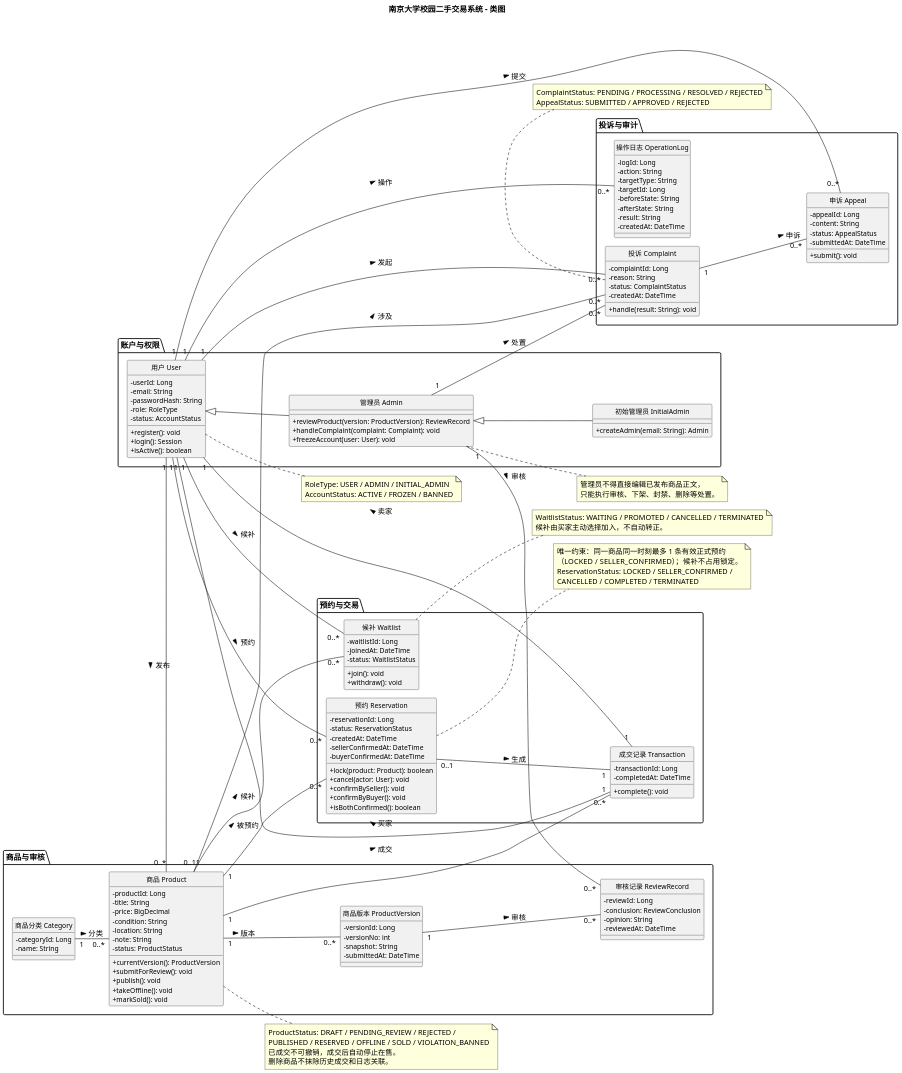
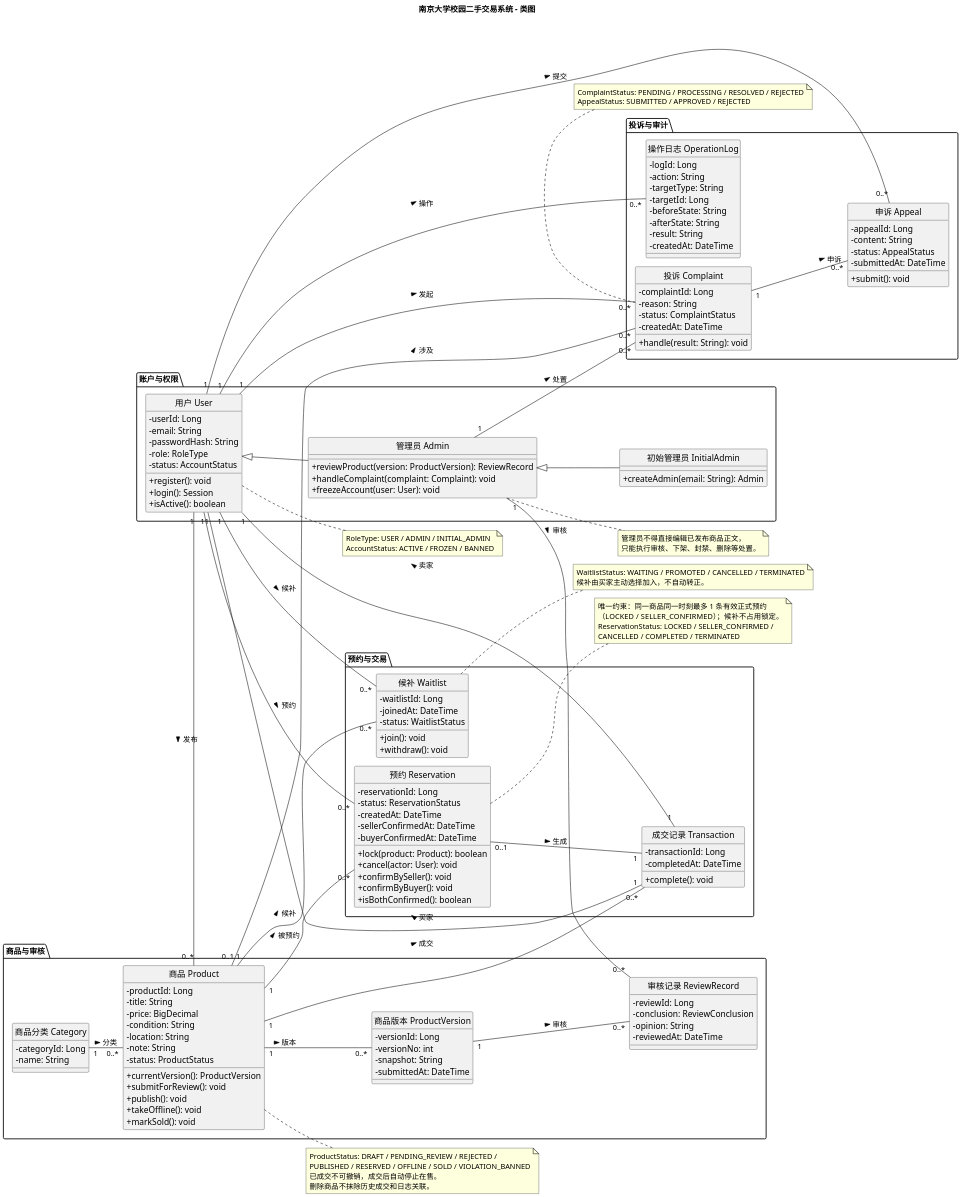
The diagram in lab2/UML/UML类图.puml (235826/secondhand-marketplace), drawn with PlantUML before and after one commit. The commit also changed 6 other files, not shown here.

Commit message:
lab2: improve diagram readability and compact use case model

```diff
--- a/lab2/UML/UML类图.puml
+++ b/lab2/UML/UML类图.puml
@@ -1,193 +1,193 @@
 @startuml UML类图
 skinparam defaultFontName "PingFang SC"
 skinparam dpi 150
 skinparam classAttributeIconSize 0
 skinparam nodesep 15
 skinparam ranksep 20
-skinparam classFontSize 16
-skinparam classAttributeFontSize 12
+skinparam classFontSize 22
+skinparam classAttributeFontSize 15
 left to right direction
 hide circle
 title 南京大学校园二手交易系统 - 类图
 
 package "账户与权限" {
   class User as "用户 User" {
     - userId: Long
     - email: String
     - passwordHash: String
     - role: RoleType
     - status: AccountStatus
     + register(): void
     + login(): Session
     + isActive(): boolean
   }
 
   class Admin as "管理员 Admin" {
     + reviewProduct(version: ProductVersion): ReviewRecord
     + handleComplaint(complaint: Complaint): void
     + freezeAccount(user: User): void
   }
 
   class InitialAdmin as "初始管理员 InitialAdmin" {
     + createAdmin(email: String): Admin
   }
 }
 
 package "商品与审核" {
   class Product as "商品 Product" {
     - productId: Long
     - title: String
     - price: BigDecimal
     - condition: String
     - location: String
     - note: String
     - status: ProductStatus
     + currentVersion(): ProductVersion
     + submitForReview(): void
     + publish(): void
     + takeOffline(): void
     + markSold(): void
   }
 
   class ProductVersion as "商品版本 ProductVersion" {
     - versionId: Long
     - versionNo: int
     - snapshot: String
     - submittedAt: DateTime
   }
 
   class ReviewRecord as "审核记录 ReviewRecord" {
     - reviewId: Long
     - conclusion: ReviewConclusion
     - opinion: String
     - reviewedAt: DateTime
   }
 
   class Category as "商品分类 Category" {
     - categoryId: Long
     - name: String
   }
 }
 
 package "预约与交易" {
   class Reservation as "预约 Reservation" {
     - reservationId: Long
     - status: ReservationStatus
     - createdAt: DateTime
     - sellerConfirmedAt: DateTime
     - buyerConfirmedAt: DateTime
     + lock(product: Product): boolean
     + cancel(actor: User): void
     + confirmBySeller(): void
     + confirmByBuyer(): void
     + isBothConfirmed(): boolean
   }
 
   class Waitlist as "候补 Waitlist" {
     - waitlistId: Long
     - joinedAt: DateTime
     - status: WaitlistStatus
     + join(): void
     + withdraw(): void
   }
 
   class Transaction as "成交记录 Transaction" {
     - transactionId: Long
     - completedAt: DateTime
     + complete(): void
   }
 }
 
 package "投诉与审计" {
   class Complaint as "投诉 Complaint" {
     - complaintId: Long
     - reason: String
     - status: ComplaintStatus
     - createdAt: DateTime
     + handle(result: String): void
   }
 
   class Appeal as "申诉 Appeal" {
     - appealId: Long
     - content: String
     - status: AppealStatus
     - submittedAt: DateTime
     + submit(): void
   }
 
   class OperationLog as "操作日志 OperationLog" {
     - logId: Long
     - action: String
     - targetType: String
     - targetId: Long
     - beforeState: String
     - afterState: String
     - result: String
     - createdAt: DateTime
   }
 }
 
 ' 继承与角色
 User <|-- Admin
 Admin <|-- InitialAdmin
 
 ' 账户、商品与审核
 User "1" -- "0..*" Product : 发布 >
 User "1" -- "0..*" Reservation : 预约 >
 User "1" -- "0..*" Waitlist : 候补 >
 Category "1" -- "0..*" Product : 分类 >
 Product "1" -- "0..*" ProductVersion : 版本 >
 ProductVersion "1" -- "0..*" ReviewRecord : 审核 >
 Admin "1" -- "0..*" ReviewRecord : 审核 >
 
 ' 预约、候补与成交
 Product "1" -- "0..*" Reservation : 被预约 >
 Product "1" -- "0..*" Waitlist : 候补 >
 Reservation "0..1" -- "1" Transaction : 生成 >
 Product "1" -- "0..*" Transaction : 成交 >
 Transaction "1" -- "1" User : 买家 >
 Transaction "1" -- "1" User : 卖家 >
 
 ' 投诉、申诉与审计
 User "1" -- "0..*" Complaint : 发起 >
 Product "0..1" -- "0..*" Complaint : 涉及 >
 Admin "1" -- "0..*" Complaint : 处置 >
 Complaint "1" -- "0..*" Appeal : 申诉 >
 User "1" -- "0..*" Appeal : 提交 >
 User "1" -- "0..*" OperationLog : 操作 >
 
 note right of User
   RoleType: USER / ADMIN / INITIAL_ADMIN
   AccountStatus: ACTIVE / FROZEN / BANNED
 end note
 
 note right of Product
   ProductStatus: DRAFT / PENDING_REVIEW / REJECTED /
   PUBLISHED / RESERVED / OFFLINE / SOLD / VIOLATION_BANNED
   已成交不可撤销，成交后自动停止在售。
   删除商品不抹除历史成交和日志关联。
 end note
 
 note right of Reservation
   唯一约束：同一商品同一时刻最多 1 条有效正式预约
   （LOCKED / SELLER_CONFIRMED）；候补不占用锁定。
   ReservationStatus: LOCKED / SELLER_CONFIRMED /
   CANCELLED / COMPLETED / TERMINATED
 end note
 
 note right of Waitlist
   WaitlistStatus: WAITING / PROMOTED / CANCELLED / TERMINATED
   候补由买家主动选择加入，不自动转正。
 end note
 
 note right of Admin
   管理员不得直接编辑已发布商品正文，
   只能执行审核、下架、封禁、删除等处置。
 end note
 
 note bottom of Complaint
   ComplaintStatus: PENDING / PROCESSING / RESOLVED / REJECTED
   AppealStatus: SUBMITTED / APPROVED / REJECTED
 end note
 
 @enduml
```
